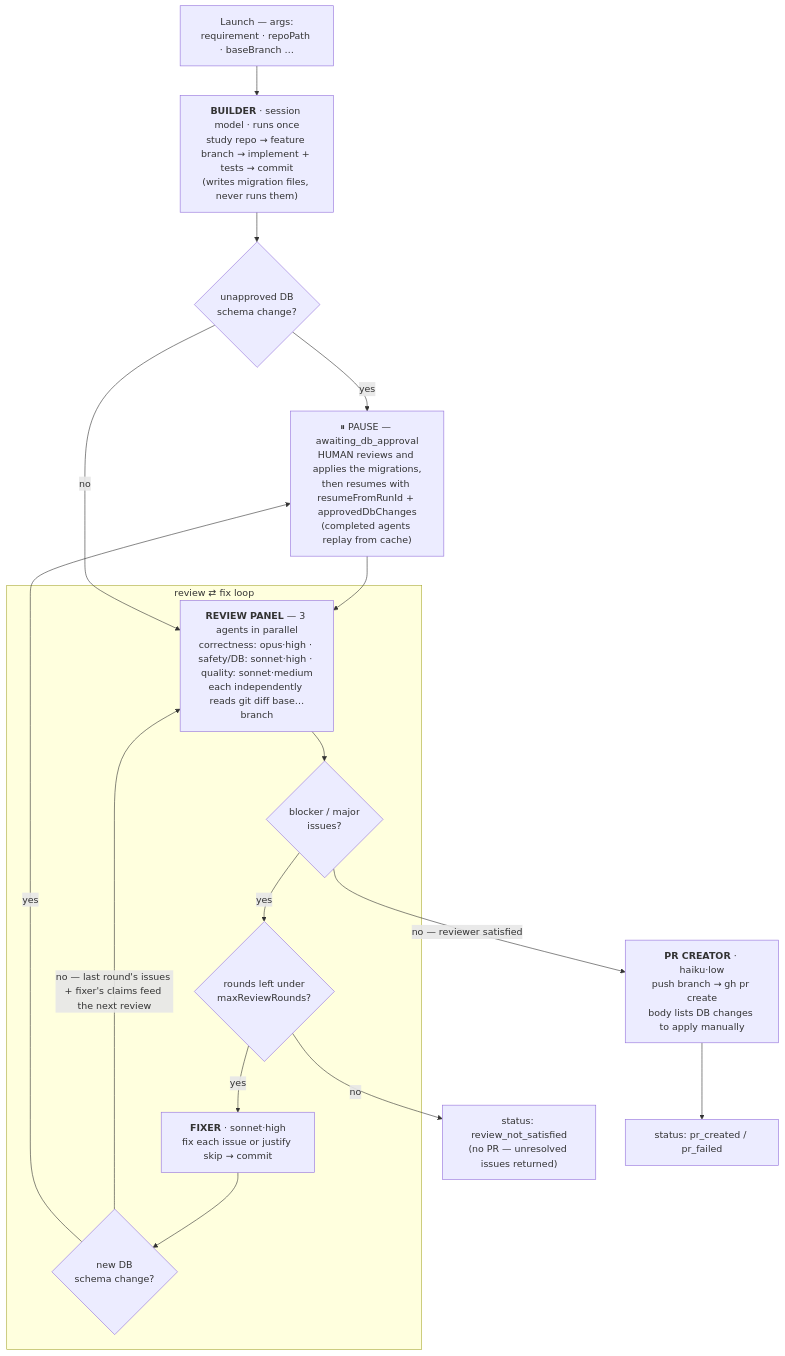
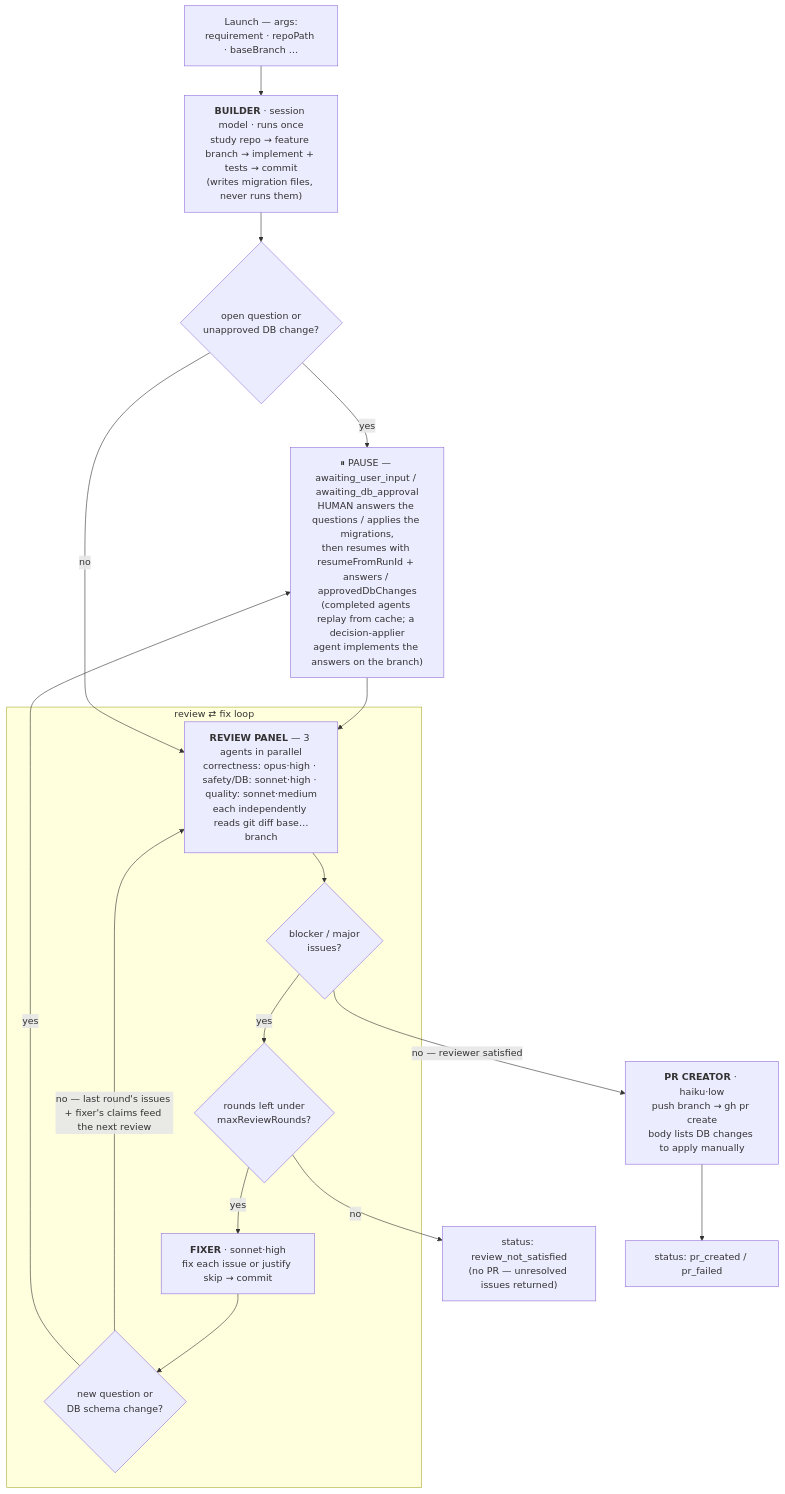
Before and after one commit to ShyanRoyChoudhury/claude-workflows: the first of 2 diagrams in README.md, drawn with Mermaid. The commit also changed other lines of this file and 1 other file, not shown here.

First line of the commit message:
Run all agents under inlined fable-mode; pause for human questions like DB changes

````diff
--- a/README.md
+++ b/README.md
@@ -9,21 +9,21 @@
 ```mermaid
 flowchart TD
     A["Launch — args:<br/>requirement · repoPath · baseBranch …"] --> B
     B["<b>BUILDER</b> · session model · runs once<br/>study repo → feature branch → implement + tests → commit<br/>(writes migration files, never runs them)"]
-    B --> C{"unapproved DB<br/>schema change?"}
-    C -- "yes" --> P["⏸ PAUSE — awaiting_db_approval<br/>HUMAN reviews and applies the migrations,<br/>then resumes with resumeFromRunId + approvedDbChanges<br/>(completed agents replay from cache)"]
+    B --> C{"open question or<br/>unapproved DB change?"}
+    C -- "yes" --> P["⏸ PAUSE — awaiting_user_input / awaiting_db_approval<br/>HUMAN answers the questions / applies the migrations,<br/>then resumes with resumeFromRunId + answers / approvedDbChanges<br/>(completed agents replay from cache; a decision-applier<br/>agent implements the answers on the branch)"]
     P --> D
     C -- "no" --> D
     subgraph reviewloop ["review ⇄ fix loop"]
         D["<b>REVIEW PANEL</b> — 3 agents in parallel<br/>correctness: opus·high · safety/DB: sonnet·high · quality: sonnet·medium<br/>each independently reads git diff base…branch"]
         D --> E{"blocker / major<br/>issues?"}
         E -- "yes" --> F{"rounds left under<br/>maxReviewRounds?"}
         F -- "yes" --> G["<b>FIXER</b> · sonnet·high<br/>fix each issue or justify skip → commit"]
-        G --> H{"new DB<br/>schema change?"}
+        G --> H{"new question or<br/>DB schema change?"}
         H -- "no — last round's issues + fixer's claims feed the next review" --> D
     end
     H -- "yes" --> P
     F -- "no" --> X["status: review_not_satisfied<br/>(no PR — unresolved issues returned)"]
     E -- "no — reviewer satisfied" --> I["<b>PR CREATOR</b> · haiku·low<br/>push branch → gh pr create<br/>body lists DB changes to apply manually"]
     I --> Z["status: pr_created / pr_failed"]
 ```
````
